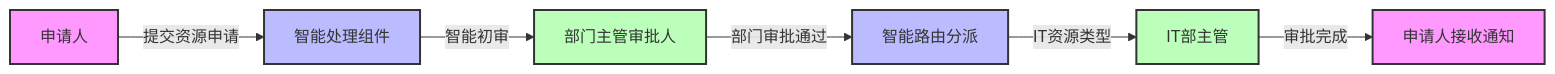
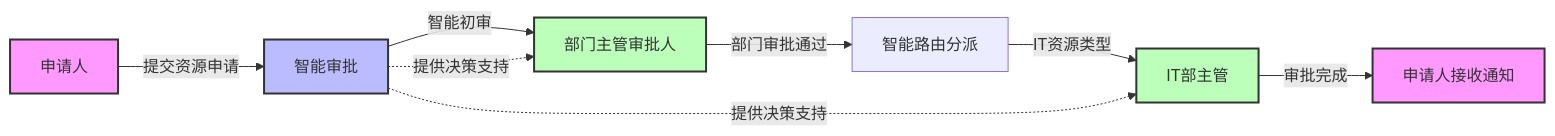
The fourth of 5 diagrams in src/series/myprojects/FlowMind/开发流程/需求分析/角色定义.md (Moonlight168/blog), drawn with Mermaid before and after one commit. The commit also changed other lines of this file and 20 other files, not shown here.

````diff
--- a/src/series/myprojects/FlowMind/开发流程/需求分析/角色定义.md
+++ b/src/series/myprojects/FlowMind/开发流程/需求分析/角色定义.md
@@ -207,16 +229,18 @@
 ```mermaid
 flowchart LR
-    A[申请人] -->|提交资源申请| B[智能处理组件]
+    A[申请人] -->|提交资源申请| B[智能审批]
     B -->|智能初审| C[部门主管审批人]
+    B -.->|提供决策支持| C
     C -->|部门审批通过| D[智能路由分派]
     D -->|IT资源类型| E[IT部主管]
+    B -.->|提供决策支持| E
     E -->|审批完成| F[申请人接收通知]
     
     classDef user fill:#f9f,stroke:#333,stroke-width:2px;
-    classDef agent fill:#bbf,stroke:#333,stroke-width:2px;
+    classDef ai fill:#bbf,stroke:#333,stroke-width:2px;
     classDef approver fill:#bfb,stroke:#333,stroke-width:2px;
     
     class A,F user;
-    class B,D agent;
+    class B ai;
     class C,E approver;
 ```
````
